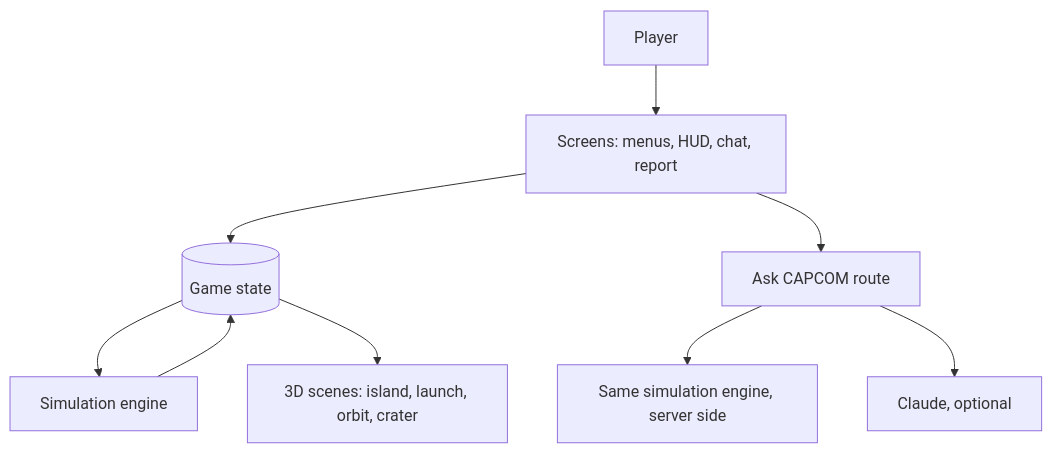
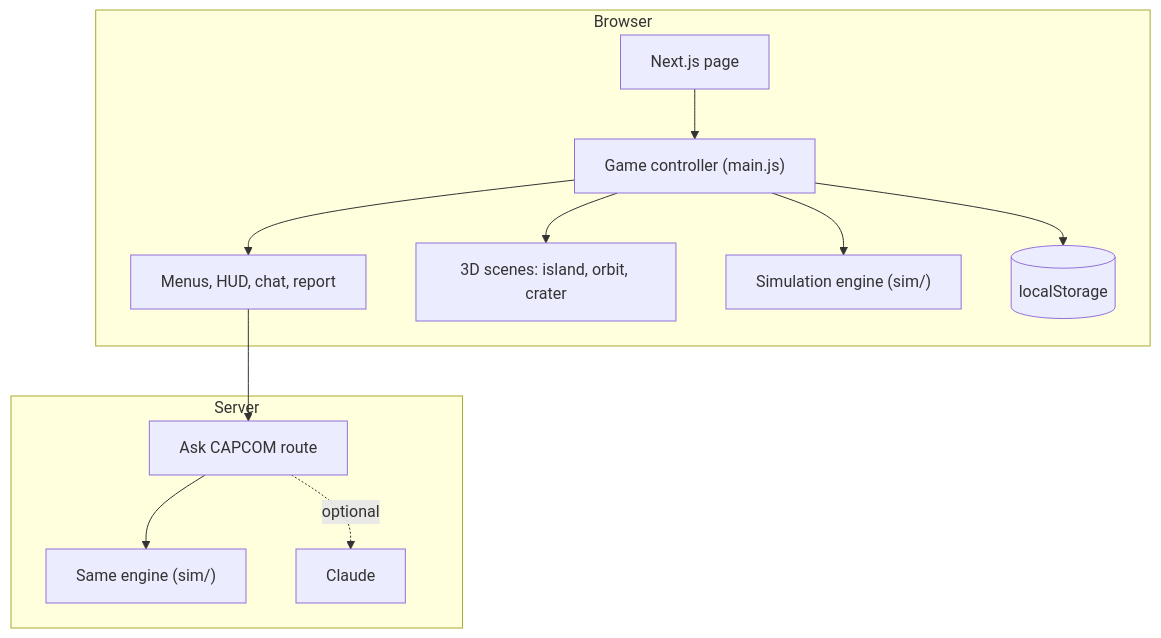
Before and after one commit to kct26/mission-island: the second of 2 diagrams in README.md, drawn with Mermaid. The commit also changed other lines of this file and 1 other file, not shown here.

````diff
--- a/README.md
+++ b/README.md
@@ -102,11 +158,15 @@
 ```mermaid
-flowchart TD
-    P[Player] --> UI[Screens: menus, HUD, chat, report]
-    UI --> GS[(Game state)]
-    GS --> SIM[Simulation engine]
-    SIM --> GS
-    GS --> R3D[3D scenes: island, launch, orbit, crater]
-    UI --> API["Ask CAPCOM route"]
-    API --> SIM2[Same simulation engine, server side]
-    API --> AI[Claude, optional]
+flowchart TB
+    subgraph Browser
+        PAGE[Next.js page] --> MAIN["Game controller (main.js)"]
+        MAIN --> UI[Menus, HUD, chat, report]
+        MAIN --> R3D["3D scenes: island, orbit, crater"]
+        MAIN --> ENG["Simulation engine (sim/)"]
+        MAIN --> LS[(localStorage)]
+    end
+    subgraph Server
+        API["Ask CAPCOM route"] --> ENG2["Same engine (sim/)"]
+        API -. optional .-> AI[Claude]
+    end
+    UI --> API
 ```
````
